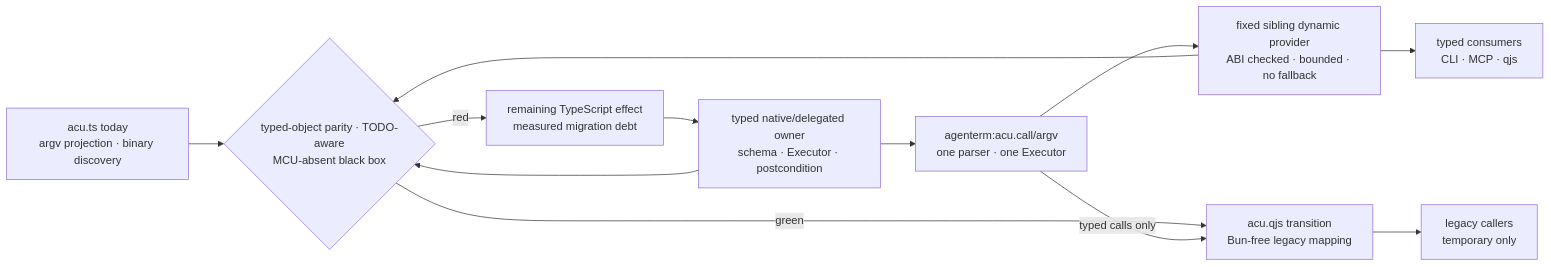
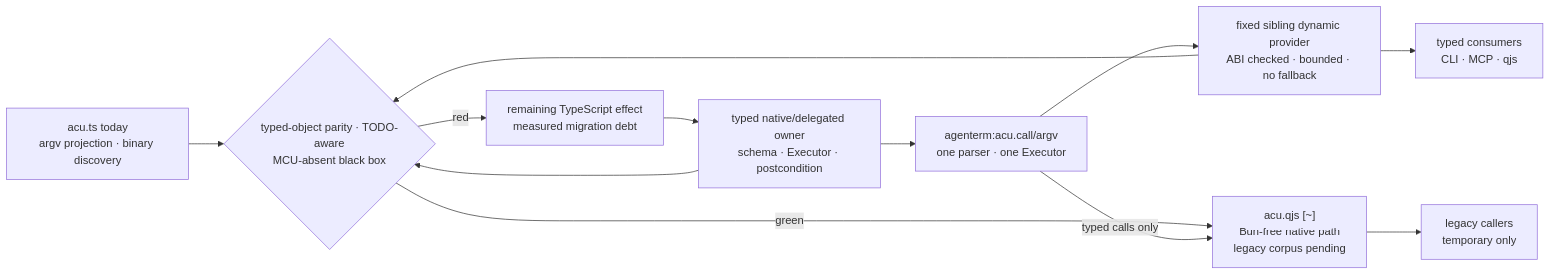
The first of 19 diagrams in prd/PRD_02_28_agenterm_cu.md (partnernetsoftware/agenterm), drawn with Mermaid before and after one commit. The commit also changed other lines of this file and 7 other files, not shown here.

Commit message:
script: start Bun-free ACU compatibility entry

````diff
--- a/prd/PRD_02_28_agenterm_cu.md
+++ b/prd/PRD_02_28_agenterm_cu.md
@@ -157,19 +160,19 @@
   ```mermaid
   flowchart LR
     TS["acu.ts today<br/>argv projection · binary discovery"]
     OWNER["typed native/delegated owner<br/>schema · Executor · postcondition"]
     OBJ["agenterm:acu.call/argv<br/>one parser · one Executor"]
     PROVIDER["fixed sibling dynamic provider<br/>ABI checked · bounded · no fallback"]
     GATE{"typed-object parity · TODO-aware<br/>MCU-absent black box"}
-    QJS["acu.qjs transition<br/>Bun-free legacy mapping"]
+    QJS["acu.qjs [~]<br/>Bun-free native path<br/>legacy corpus pending"]
     USERS["typed consumers<br/>CLI · MCP · qjs"]
     LEGACY["legacy callers<br/>temporary only"]
     DEBT["remaining TypeScript effect<br/>measured migration debt"]
     OWNER --> OBJ --> PROVIDER --> USERS
     TS --> GATE
     OWNER --> GATE
     PROVIDER --> GATE
     GATE -->|red| DEBT --> OWNER
     GATE -->|green| QJS --> LEGACY
     OBJ -->|typed calls only| QJS
   ```
````
